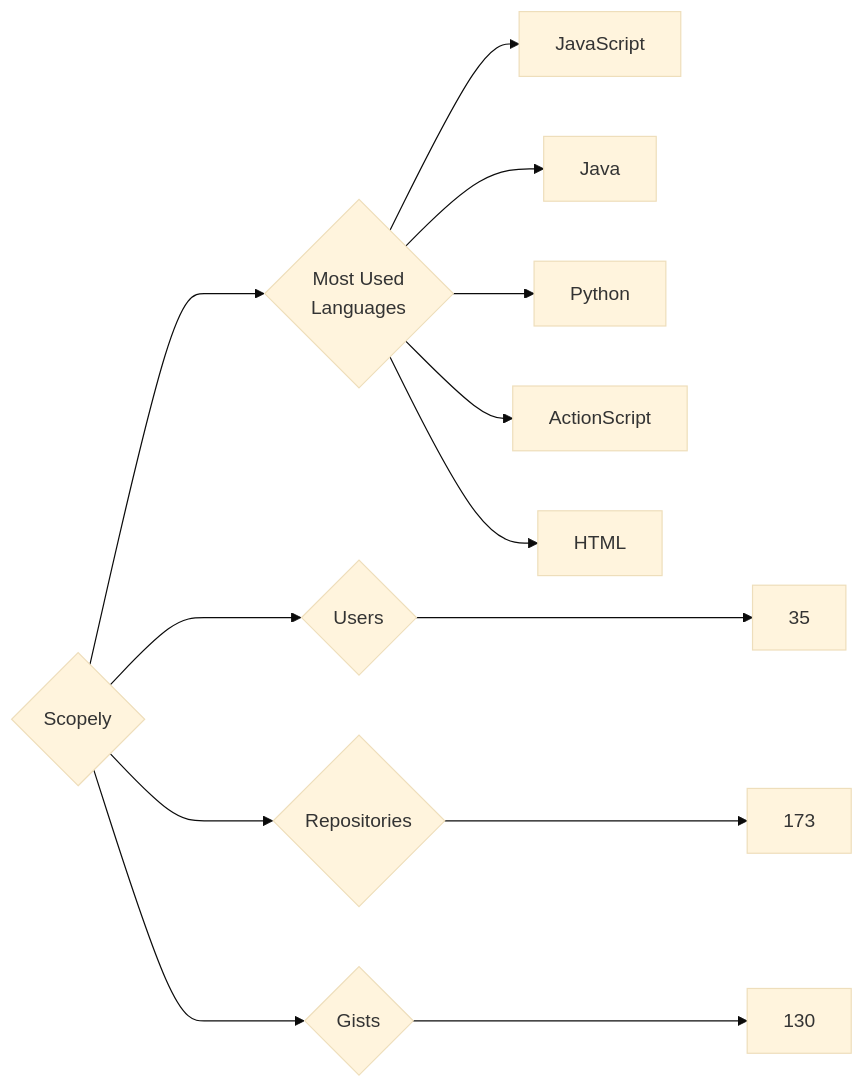
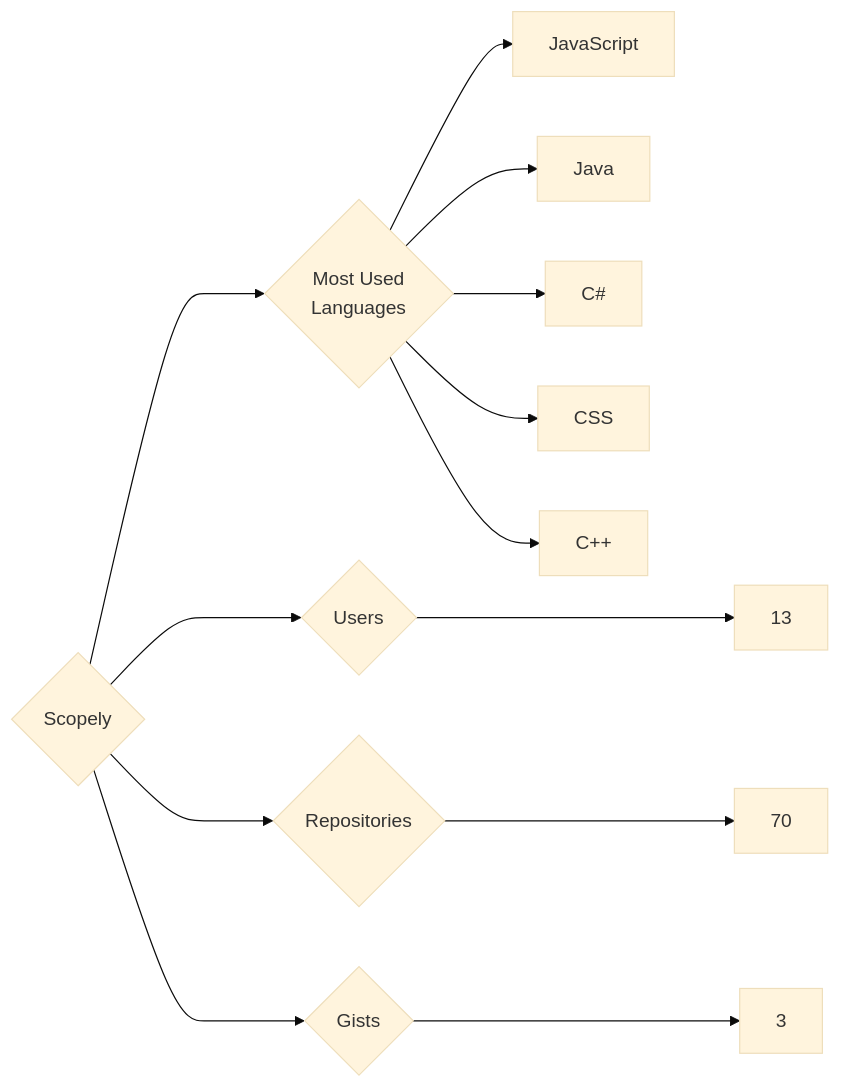
The diagram in targets/Scopely/README.md (trickest/insiders), drawn with Mermaid (base theme) before and after one commit. The commit also changed 815 other files, not shown here.

````diff
--- a/targets/Scopely/README.md
+++ b/targets/Scopely/README.md
@@ -3,13 +3,13 @@
 ```mermaid
 graph LR
 COMPANY_NAME{Scopely}
-COMPANY_NAME ---> U{Users} ---> UN[35]
-COMPANY_NAME ---> R{Repositories} ---> RN[173]
-COMPANY_NAME ---> G{Gists} ---> GN[130]
+COMPANY_NAME ---> U{Users} ---> UN[13]
+COMPANY_NAME ---> R{Repositories} ---> RN[70]
+COMPANY_NAME ---> G{Gists} ---> GN[3]
 COMPANY_NAME ---> ML{Most Used<br>Languages}
 ML --> JavaScript[JavaScript]
 ML --> Java[Java]
-ML --> Python[Python]
-ML --> ActionScript[ActionScript]
-ML --> HTML[HTML]
+ML --> C#[C#]
+ML --> CSS[CSS]
+ML --> C++[C++]
 ```
````
